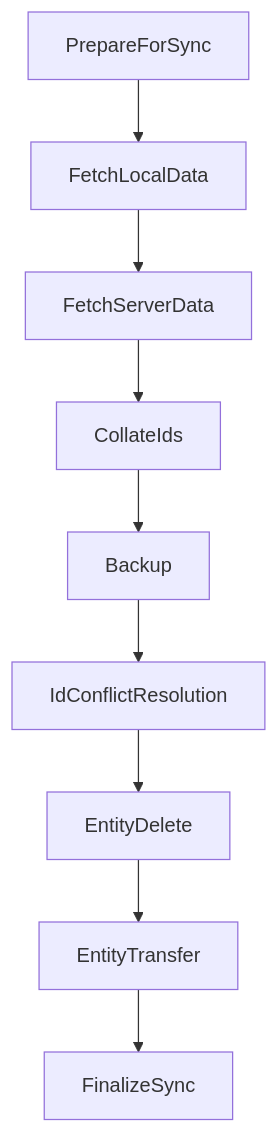
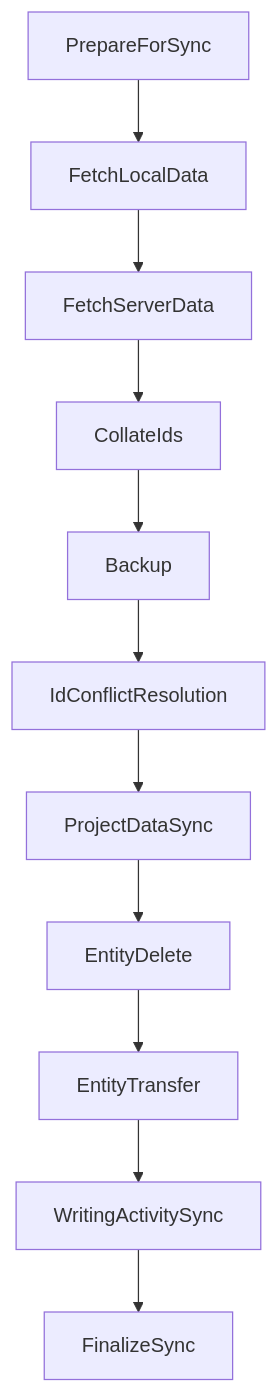
Before and after one commit to Darkrock-Studios/hammer-editor: the eighth of 8 diagrams in docs/SYNCING-PROTOCOL.md, drawn with Mermaid. The commit also changed other lines of this file and 39 other files, not shown here.

````diff
--- a/docs/SYNCING-PROTOCOL.md
+++ b/docs/SYNCING-PROTOCOL.md
@@ -294,11 +331,13 @@
 ```mermaid
 flowchart TD
     A[PrepareForSync] --> B[FetchLocalData]
     B --> C[FetchServerData]
     C --> D[CollateIds]
     D --> E[Backup]
     E --> F[IdConflictResolution]
-    F --> G[EntityDelete]
+    F --> P[ProjectDataSync]
+    P --> G[EntityDelete]
     G --> H[EntityTransfer]
-    H --> I[FinalizeSync]
+    H --> W[WritingActivitySync]
+    W --> I[FinalizeSync]
 ```
````
